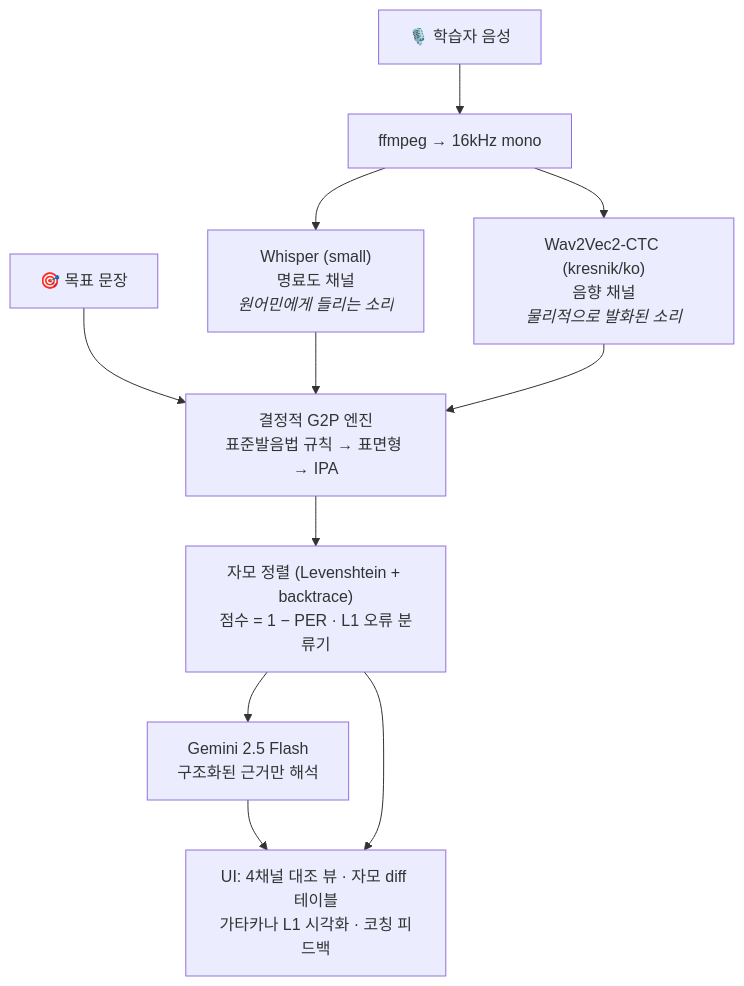
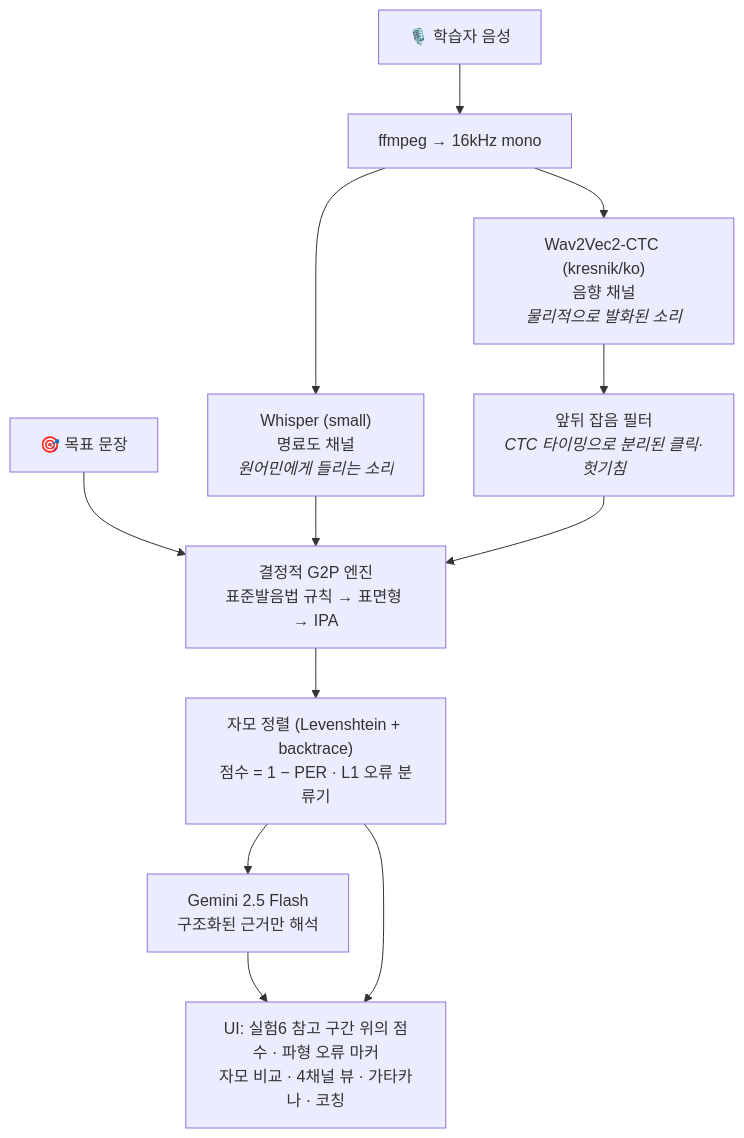
The diagram in README_kr.md (fairyofdata/PhonemeJP2KR), drawn with Mermaid before and after one commit. The commit also changed other lines of this file and 4 other files, not shown here.

First line of the commit message:
docs: add a decision record; refresh diagrams, testing scope; drop dead helper

````diff
--- a/README_kr.md
+++ b/README_kr.md
@@ -39,13 +39,14 @@
 ```mermaid
 flowchart TD
     A[🎙️ 학습자 음성] --> B[ffmpeg → 16kHz mono]
     B --> C["Whisper (small)<br/>명료도 채널<br/><i>원어민에게 들리는 소리</i>"]
     B --> D["Wav2Vec2-CTC (kresnik/ko)<br/>음향 채널<br/><i>물리적으로 발화된 소리</i>"]
     T[🎯 목표 문장] --> G
     C --> G["결정적 G2P 엔진<br/>표준발음법 규칙 → 표면형 → IPA"]
-    D --> G
+    D --> N["앞뒤 잡음 필터<br/><i>CTC 타이밍으로 분리된 클릭·헛기침</i>"]
+    N --> G
     G --> S["자모 정렬 (Levenshtein + backtrace)<br/>점수 = 1 − PER · L1 오류 분류기"]
     S --> L["Gemini 2.5 Flash<br/>구조화된 근거만 해석"]
-    L --> U["UI: 4채널 대조 뷰 · 자모 diff 테이블<br/>가타카나 L1 시각화 · 코칭 피드백"]
+    L --> U["UI: 실험6 참고 구간 위의 점수 · 파형 오류 마커<br/>자모 비교 · 4채널 뷰 · 가타카나 · 코칭"]
     S --> U
 ```
````
